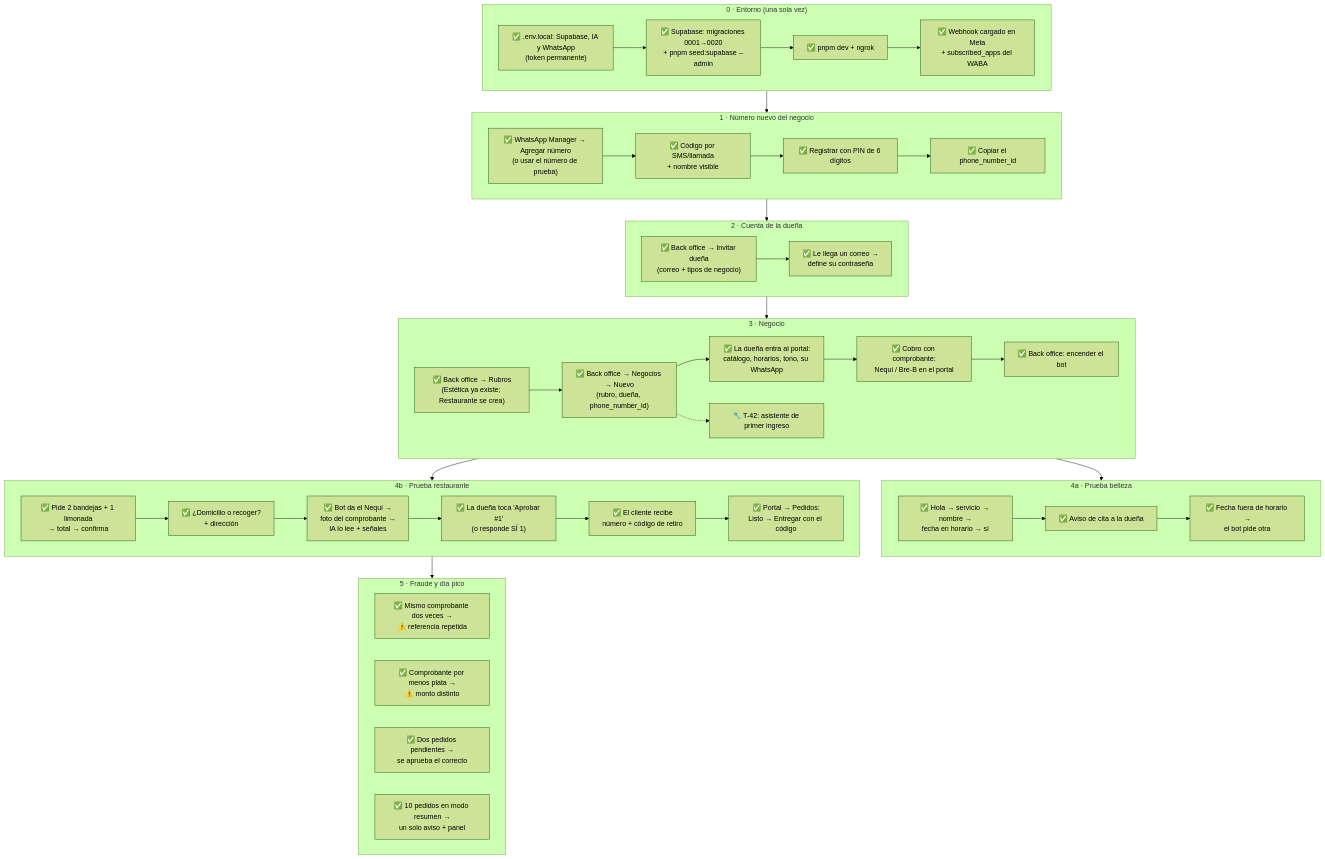
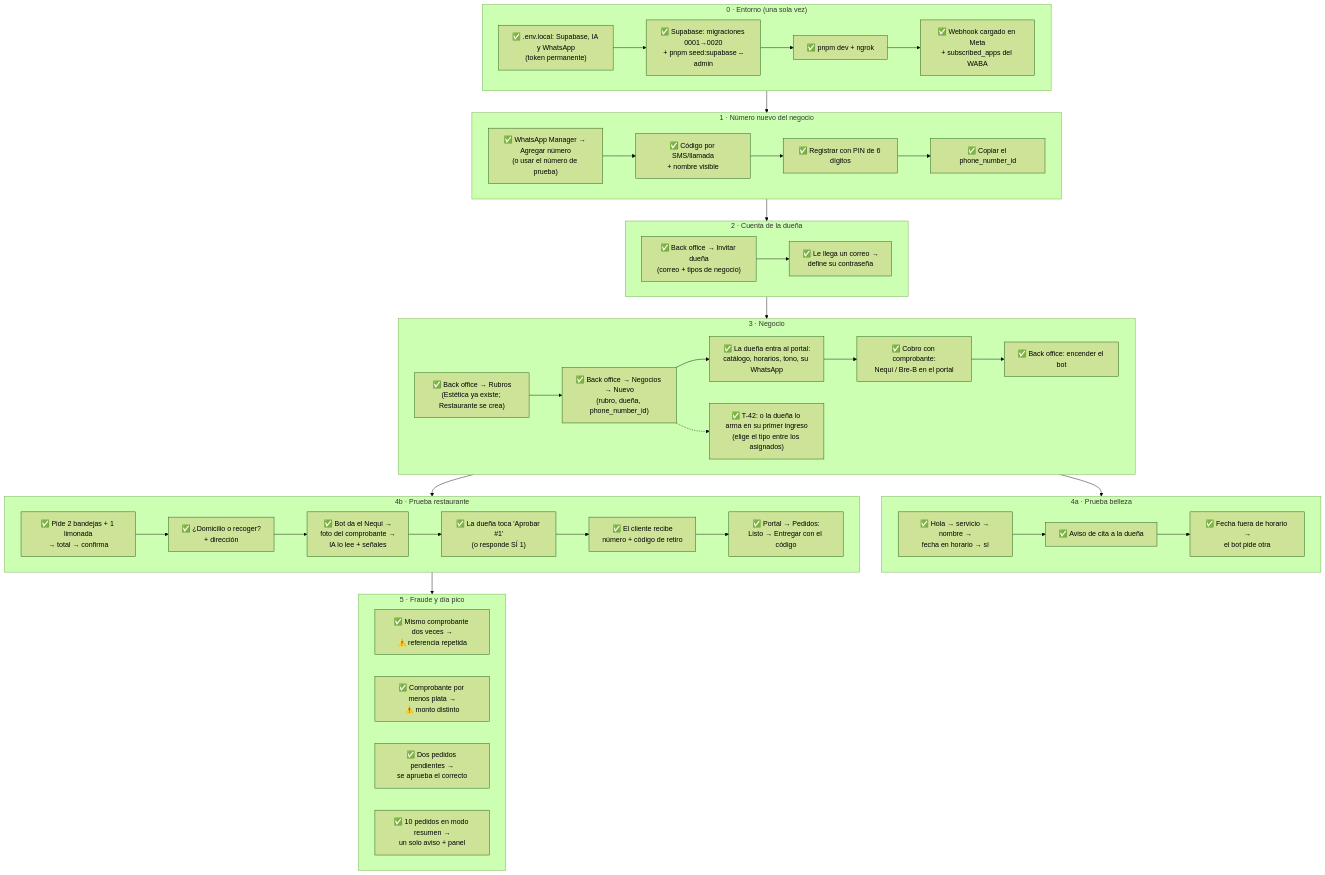
One commit to daniell41-dev/client-automation-bot changed the diagram in docs/17-prueba-local.md. Above: the diagram before and after it, drawn with Mermaid (forest theme). The commit also changed other lines of this file and 5 other files, not shown here.

First line of the commit message:
feat(T-42): asistente de primer ingreso de la dueña

````diff
--- a/docs/17-prueba-local.md
+++ b/docs/17-prueba-local.md
@@ -18,54 +18,54 @@
 ```mermaid
 flowchart TD
   subgraph E["0 · Entorno (una sola vez)"]
     E1["✅ .env.local: Supabase, IA y WhatsApp<br/>(token permanente)"] --> E2["✅ Supabase: migraciones 0001→0020<br/>+ pnpm seed:supabase --admin"]
     E2 --> E3["✅ pnpm dev + ngrok"]
     E3 --> E4["✅ Webhook cargado en Meta<br/>+ subscribed_apps del WABA"]
   end
 
   subgraph T["1 · Número nuevo del negocio"]
     T1["✅ WhatsApp Manager → Agregar número<br/>(o usar el número de prueba)"] --> T2["✅ Código por SMS/llamada<br/>+ nombre visible"]
     T2 --> T3["✅ Registrar con PIN de 6 dígitos"]
     T3 --> T4["✅ Copiar el phone_number_id"]
   end
 
   subgraph U["2 · Cuenta de la dueña"]
     U1["✅ Back office → Invitar dueña<br/>(correo + tipos de negocio)"]
     U2["✅ Le llega un correo →<br/>define su contraseña"]
     U1 --> U2
   end
 
   subgraph N["3 · Negocio"]
     N0["✅ Back office → Rubros<br/>(Estética ya existe; Restaurante se crea)"] --> N1["✅ Back office → Negocios → Nuevo<br/>(rubro, dueña, phone_number_id)"]
     N1 --> N2["✅ La dueña entra al portal:<br/>catálogo, horarios, tono, su WhatsApp"]
     N2 --> N3["✅ Cobro con comprobante:<br/>Nequi / Bre-B en el portal"]
     N3 --> N5["✅ Back office: encender el bot"]
-    N4["🔧 T-42: asistente de primer ingreso"]
+    N4["✅ T-42: o la dueña lo arma en su primer ingreso<br/>(elige el tipo entre los asignados)"]
     N1 -.-> N4
   end
 
   subgraph B["4a · Prueba belleza"]
     B1["✅ Hola → servicio → nombre →<br/>fecha en horario → sí"] --> B2["✅ Aviso de cita a la dueña"]
     B2 --> B3["✅ Fecha fuera de horario →<br/>el bot pide otra"]
   end
 
   subgraph R["4b · Prueba restaurante"]
     R1["✅ Pide 2 bandejas + 1 limonada<br/>→ total → confirma"] --> R2["✅ ¿Domicilio o recoger?<br/>+ dirección"]
     R2 --> R3["✅ Bot da el Nequi →<br/>foto del comprobante →<br/>IA lo lee + señales"]
     R3 --> R4["✅ La dueña toca 'Aprobar #1'<br/>(o responde SÍ 1)"]
     R4 --> R5["✅ El cliente recibe<br/>número + código de retiro"]
     R5 --> R6["✅ Portal → Pedidos:<br/>Listo → Entregar con el código"]
   end
 
   subgraph F["5 · Fraude y día pico"]
     F1["✅ Mismo comprobante dos veces →<br/>⚠️ referencia repetida"]
     F2["✅ Comprobante por menos plata →<br/>⚠️ monto distinto"]
     F3["✅ Dos pedidos pendientes →<br/>se aprueba el correcto"]
     F4["✅ 10 pedidos en modo resumen →<br/>un solo aviso + panel"]
   end
 
   E --> T --> U --> N
   N --> B
   N --> R
   R --> F
 ```
````
